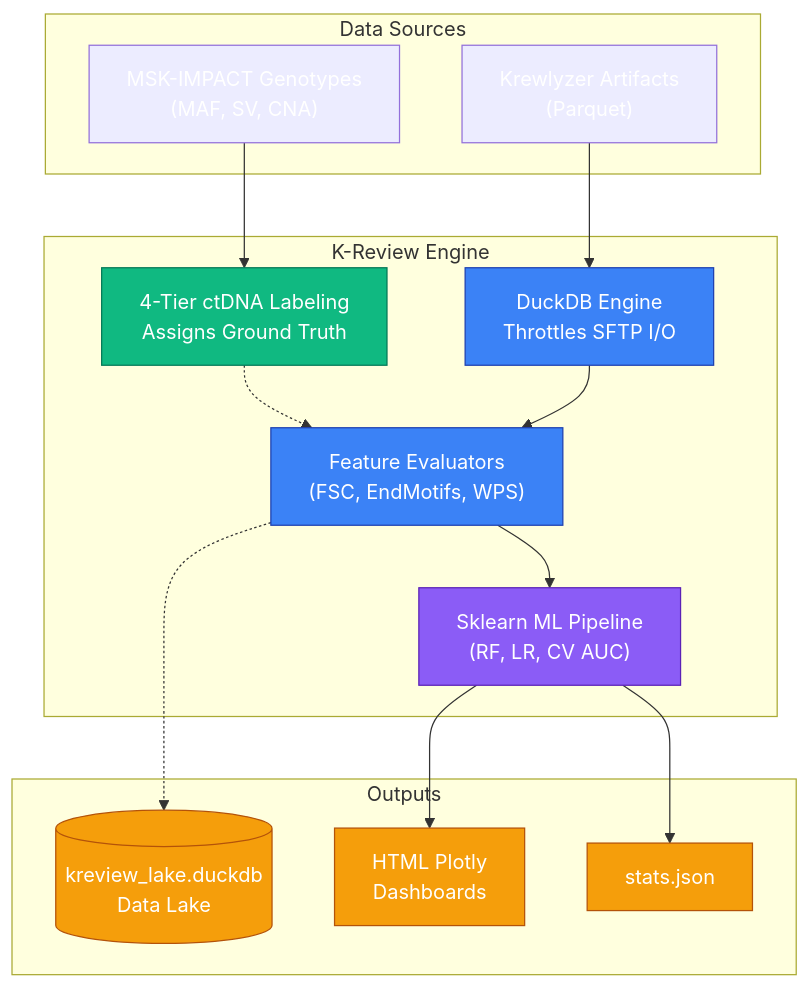
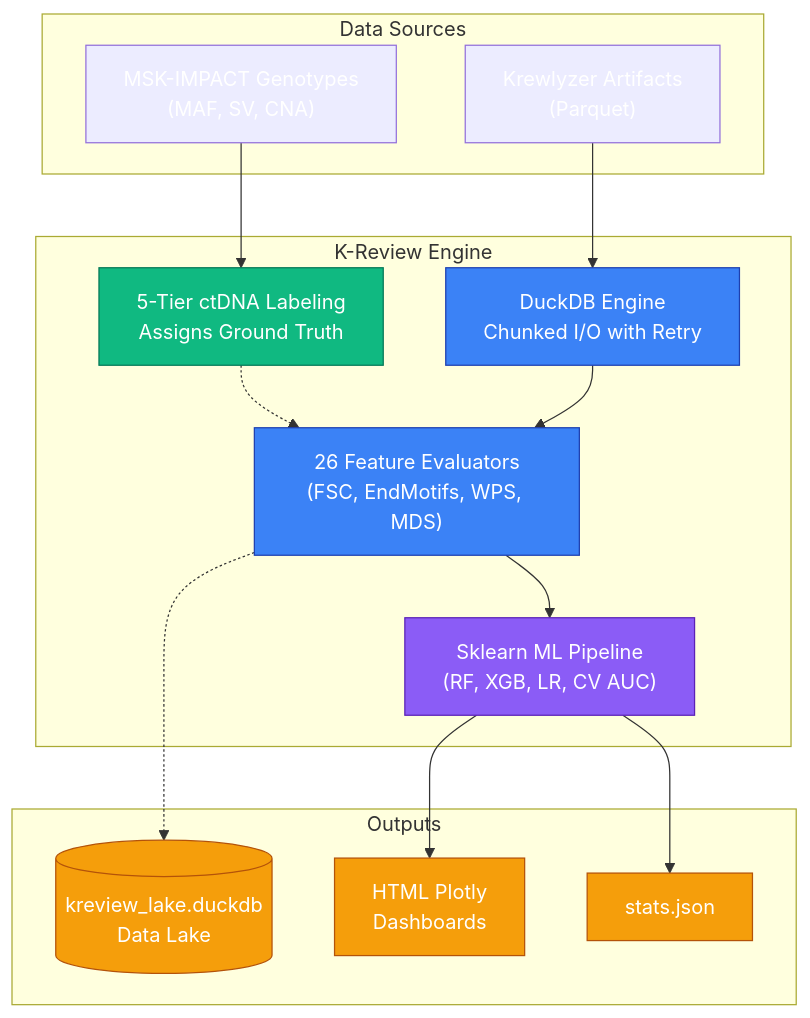
One commit to msk-access/kreview changed the first of 2 diagrams in docs/index.md. Above: the diagram before and after it, drawn with Mermaid. The commit also changed other lines of this file and 22 other files, not shown here.

````diff
--- a/docs/index.md
+++ b/docs/index.md
@@ -17,36 +17,36 @@
 ```mermaid
 flowchart TD
     %% Define Styles
     classDef extract fill:#3b82f6,stroke:#1e40af,color:#fff;
     classDef label fill:#10b981,stroke:#047857,color:#fff;
     classDef ml fill:#8b5cf6,stroke:#5b21b6,color:#fff;
     classDef persist fill:#f59e0b,stroke:#b45309,color:#fff;
     
     subgraph Data Sources
         cBioPortal["MSK-IMPACT Genotypes\n(MAF, SV, CNA)"] 
         Krewlyzer["Krewlyzer Artifacts\n(Parquet)"]
     end
     
     subgraph K-Review Engine
-        A["DuckDB Engine\nThrottles SFTP I/O"]:::extract
-        B["4-Tier ctDNA Labeling\nAssigns Ground Truth"]:::label
-        C["Feature Evaluators\n(FSC, EndMotifs, WPS)"]:::extract
-        D["Sklearn ML Pipeline\n(RF, LR, CV AUC)"]:::ml
+        A["DuckDB Engine\nChunked I/O with Retry"]:::extract
+        B["5-Tier ctDNA Labeling\nAssigns Ground Truth"]:::label
+        C["26 Feature Evaluators\n(FSC, EndMotifs, WPS, MDS)"]:::extract
+        D["Sklearn ML Pipeline\n(RF, XGB, LR, CV AUC)"]:::ml
     end
     
     subgraph Outputs
         DB[("kreview_lake.duckdb\nData Lake")]:::persist
         Dash["HTML Plotly\nDashboards"]:::persist
         Stats["stats.json"]:::persist
     end
 
     cBioPortal --> B
     Krewlyzer --> A
     B -.-> C
     A --> C
     C --> D
     
     D --> Dash
     D --> Stats
     C -.-> DB
 ```
````
